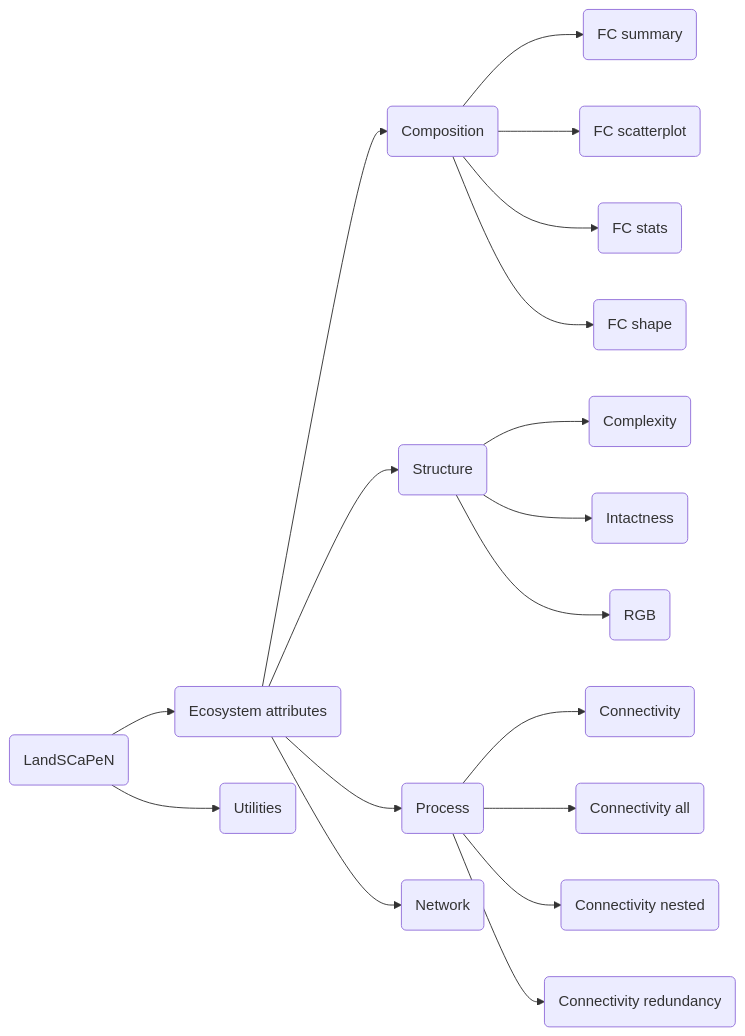
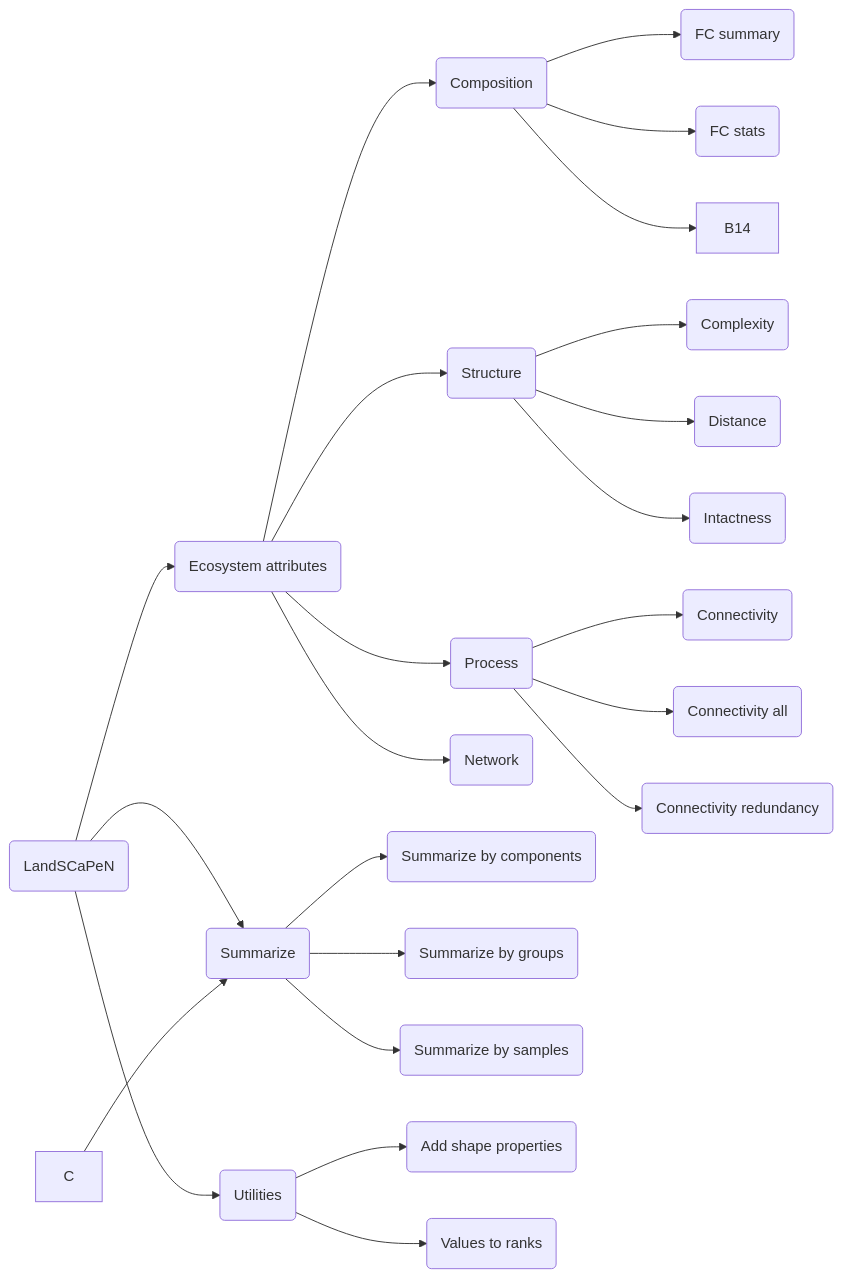
One commit to davidtheobald8/landscapen changed the diagram in README.md. Above: the diagram before and after it, drawn with Mermaid. The commit also changed other lines of this file, not shown here.

````diff
--- a/README.md
+++ b/README.md
@@ -10,51 +14,57 @@
  ```mermaid
    graph LR;
        A(LandSCaPeN)
        A-->B;
-       A-->C;
+       A-->C1;
+       A-->C2;
        %%(HM CA) users/DavidTheobald8/HM/HM_202204/HM_Y2Y_CA_2020_90_60sland%%
        B(Ecosystem attributes)
        B-->B1;
        B-->B2;
        B-->B3;
        B-->B4;
        %%(HM US) users/DavidTheobald8/HM/HM_202204/HM_Y2Y_US_2020_90_60sland%%
        B1(Composition)
        B1-->B11
-       B1-->B12
        B1-->B13
        B1-->B14
        B11(FC summary)
- %%      click B11 "https://code.earthengine.google.com/?scriptPath=users%2FDavidTheobald8%2Flibs%3Alse.compositionFC()"
-       B12(FC scatterplot)
- %%      click B12 "https://code.earthengine.google.com/?scriptPath=users%2FDavidTheobald8%2Flibs%3Alse.compositionFCscatter()"
+ %%      click B11 "https://code.earthengine.google.com/?scriptPath=users%2FDavidTheobald8%2Flibs%3Alse.composition()"
        B13(FC stats)
- %%      click B13 "https://code.earthengine.google.com/?scriptPath=users%2FDavidTheobald8%2Flibs%3Alse.compositionFCstats()"
-       B14(FC shape)
- %%      click B14 "https://code.earthengine.google.com/?scriptPath=users%2FDavidTheobald8%2Flibs%3Alse.compositionFCstats()%20add%20shape%20properties"
+ %%      click B13 "https://code.earthengine.google.com/?scriptPath=users%2FDavidTheobald8%2Flibs%3Alse.compositionStats()"
        B2(Structure)
        B21(Complexity)
        B2-->B21
  %%      click B21 "https://code.earthengine.google.com/?scriptPath=users%2FDavidTheobald8%2Flibs%3Alse.structuralComplexity()"
-       B22(Intactness)
+       B22(Distance)
        B2-->B22
- %%      click B22 "https://code.earthengine.google.com/?scriptPath=users%2FDavidTheobald8%2Flibs%3Alse.structuralIntactness()"
-       B23(RGB)
+ %%      click B22 "https://code.earthengine.google.com/?scriptPath=users%2FDavidTheobald8%2Flibs%3Alse.structuralDistance()"
+       B23(Intactness)
        B2-->B23
- %%      click B23 "https://code.earthengine.google.com/?scriptPath=users%2FDavidTheobald8%2Flibs%3Alse.structuralRGB()"
+ %%      click B23 "https://code.earthengine.google.com/?scriptPath=users%2FDavidTheobald8%2Flibs%3Alse.structuralIntactness()"
        B3(Process)
        B31(Connectivity)
        B3-->B31
  %%      click B31 "https://code.earthengine.google.com/?scriptPath=users%2FDavidTheobald8%2Flibs%3Alse.connectivity()"
        B32(Connectivity all)
        B3-->B32
  %%      click B32 "https://code.earthengine.google.com/?scriptPath=users%2FDavidTheobald8%2Flibs%3Alse.connectivityAll()"
-       B33(Connectivity nested)
-       B3-->B33
- %%      click B33 "https://code.earthengine.google.com/?scriptPath=users%2FDavidTheobald8%2Flibs%3Alse.connectivityAll()"
        B34(Connectivity redundancy)
        B3-->B34
  %%      click B34 "https://code.earthengine.google.com/?scriptPath=users%2FDavidTheobald8%2Flibs%3Alse.connectivityAll()"
        B4(Network)
-       C(Utilities)
+       C1(Summarize)
+       C-->C1
+       C11(Summarize by components)
+       C1-->C11
+       C12(Summarize by groups)
+       C1-->C12
+       C13(Summarize by samples)
+       C1-->C13
+       C2(Utilities)
+       C21(Add shape properties)
+       C2-->C21
+       C22(Values to ranks)
+       C2-->C22
+ %%      click C2 "https://code.earthengine.google.com/?scriptPath=users%2FDavidTheobald8%2Flibs%3Alse.valuesToRanks()%20add%20shape%20properties"
  ```
````
